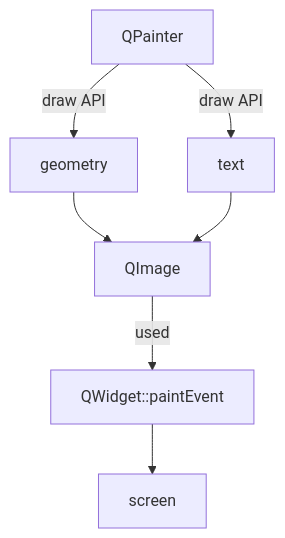
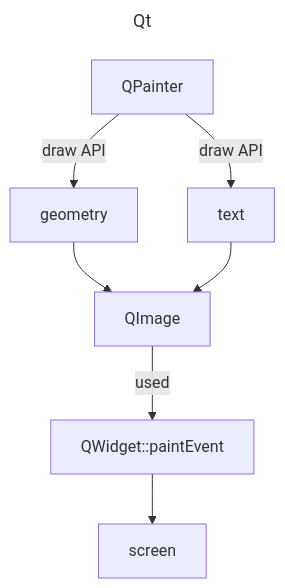
The fourth of 7 diagrams in doc/qtport.md (w0lek/ezgl), drawn with Mermaid before and after one commit. The commit also changed other lines of this file, not shown here.

````diff
--- a/doc/qtport.md
+++ b/doc/qtport.md
@@ -166,16 +215,19 @@
 ```mermaid
+---
+title: Qt
+---
 flowchart TD
   qpainter[QPainter]
   text
   geometry
   qimage[QImage]
   
   qpainter -->|draw API| geometry
   qpainter -->|draw API| text
   
   geometry --> qimage
   text --> qimage
  
   qimage -->|used| qwidget[QWidget::paintEvent]
   qwidget --> screen
  ```
````
